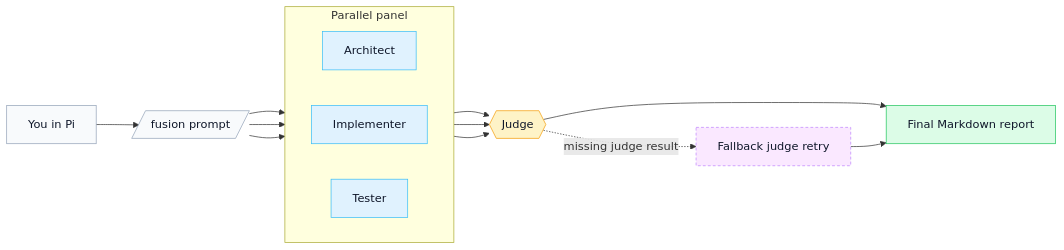
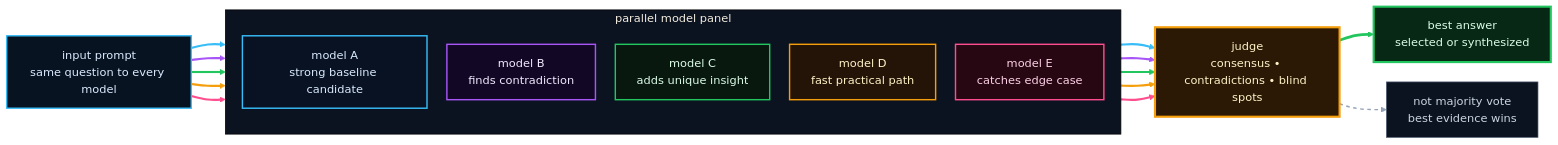
The diagram in README.md (alexei-led/pi-fusion), drawn with Mermaid before and after one commit. The commit also changed other lines of this file and 5 other files, not shown here.

````diff
--- a/README.md
+++ b/README.md
@@ -26,27 +32,51 @@
 ```mermaid
+%%{init: {"theme": "base", "flowchart": {"curve": "basis", "nodeSpacing": 28, "rankSpacing": 48}, "themeVariables": {"background": "#050816", "fontFamily": "ui-monospace, SFMono-Regular, Menlo, Monaco, Consolas, monospace", "primaryTextColor": "#E5F0FF", "lineColor": "#38bdf8", "tertiaryColor": "#0b1220"}}}%%
 flowchart LR
-  classDef input fill:#f8fafc,stroke:#94a3b8,color:#0f172a,stroke-width:1px;
-  classDef panel fill:#e0f2fe,stroke:#38bdf8,color:#0f172a,stroke-width:1px;
-  classDef judge fill:#fef3c7,stroke:#f59e0b,color:#0f172a,stroke-width:1px;
-  classDef report fill:#dcfce7,stroke:#22c55e,color:#0f172a,stroke-width:1px;
-  classDef fallback fill:#fae8ff,stroke:#c084fc,color:#0f172a,stroke-width:1px,stroke-dasharray:4 3;
+  classDef prompt fill:#071321,stroke:#38bdf8,color:#dbeafe,stroke-width:2px;
+  classDef modelA fill:#081223,stroke:#38bdf8,color:#dbeafe,stroke-width:2px;
+  classDef modelB fill:#120826,stroke:#a855f7,color:#f3e8ff,stroke-width:2px;
+  classDef modelC fill:#08180f,stroke:#22c55e,color:#dcfce7,stroke-width:2px;
+  classDef modelD fill:#241307,stroke:#f59e0b,color:#fef3c7,stroke-width:2px;
+  classDef modelE fill:#260712,stroke:#ff4d8d,color:#ffd1e7,stroke-width:2px;
+  classDef judge fill:#2b1905,stroke:#f59e0b,color:#fef3c7,stroke-width:3px;
+  classDef answer fill:#062814,stroke:#22c55e,color:#dcfce7,stroke-width:3px;
+  classDef note fill:#0b1220,stroke:#475569,color:#cbd5e1,stroke-width:1px;
 
-  U[You in Pi]:::input --> Q[/fusion prompt/]:::input
+  P["input prompt<br/>same question to every model"]:::prompt
 
-  subgraph P[Parallel panel]
-    direction LR
-    A[Architect]:::panel
-    I[Implementer]:::panel
-    T[Tester]:::panel
+  subgraph PANEL[parallel model panel]
+    direction TB
+    A["model A<br/>strong baseline candidate"]:::modelA
+    B["model B<br/>finds contradiction"]:::modelB
+    C["model C<br/>adds unique insight"]:::modelC
+    D["model D<br/>fast practical path"]:::modelD
+    E["model E<br/>catches edge case"]:::modelE
   end
 
-  Q --> A
-  Q --> I
-  Q --> T
-  A --> J{{Judge}}:::judge
-  I --> J
-  T --> J
-  J --> R[Final Markdown report]:::report
-  J -. missing judge result .-> F[Fallback judge retry]:::fallback
-  F --> R
+  J["judge<br/>consensus • contradictions • blind spots"]:::judge
+  R["best answer<br/>selected or synthesized"]:::answer
+  N["not majority vote<br/>best evidence wins"]:::note
+
+  P --> A
+  P --> B
+  P --> C
+  P --> D
+  P --> E
+
+  A --> J
+  B --> J
+  C --> J
+  D --> J
+  E --> J
+
+  J --> R
+  J -.-> N
+
+  linkStyle 0,5 stroke:#38bdf8,stroke-width:3px;
+  linkStyle 1,6 stroke:#a855f7,stroke-width:3px;
+  linkStyle 2,7 stroke:#22c55e,stroke-width:3px;
+  linkStyle 3,8 stroke:#f59e0b,stroke-width:3px;
+  linkStyle 4,9 stroke:#ff4d8d,stroke-width:3px;
+  linkStyle 10 stroke:#22c55e,stroke-width:4px;
+  linkStyle 11 stroke:#94a3b8,stroke-width:2px,stroke-dasharray: 5 5;
 ```
````
